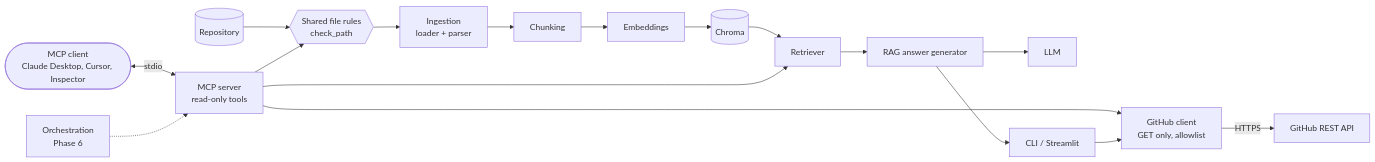
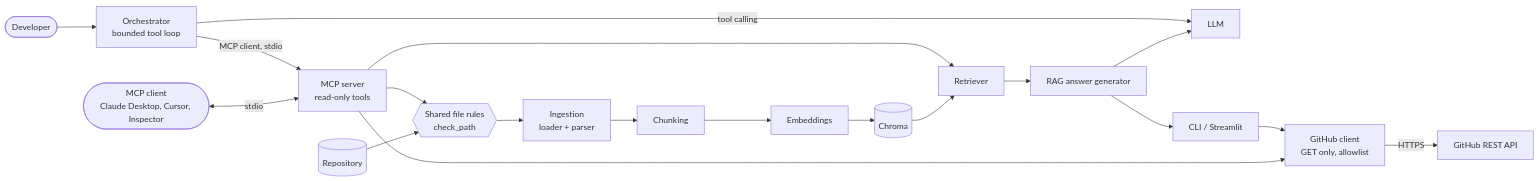
The diagram in README.md (AbdullahThweib2004/ai-developer-assistant), drawn with Mermaid before and after one commit. The commit also changed other lines of this file and 2 other files, not shown here.

Commit message:
docs: orchestration design, OpenRouter setup and Phase 6 metrics

````diff
--- a/README.md
+++ b/README.md
@@ -47,21 +50,23 @@
 ```mermaid
 flowchart LR
     repo[(Repository)] --> rules{{Shared file rules<br/>check_path}}
     rules --> ingest[Ingestion<br/>loader + parser]
     ingest --> chunk[Chunking]
     chunk --> embed[Embeddings]
     embed --> chroma[(Chroma)]
     chroma --> retriever[Retriever]
     retriever --> rag[RAG answer generator]
     rag --> llm[LLM]
     rag --> ui[CLI / Streamlit]
 
     client([MCP client<br/>Claude Desktop, Cursor, Inspector]) <-->|stdio| mcp[MCP server<br/>read-only tools]
     mcp --> retriever
     mcp --> rules
     mcp --> ghc[GitHub client<br/>GET only, allowlist]
     ui --> ghc
     ghc -->|HTTPS| gh[GitHub REST API]
 
-    orch[Orchestration<br/>Phase 6] -.-> mcp
+    user([Developer]) --> orch[Orchestrator<br/>bounded tool loop]
+    orch -->|tool calling| llm
+    orch -->|MCP client, stdio| mcp
 ```
````
